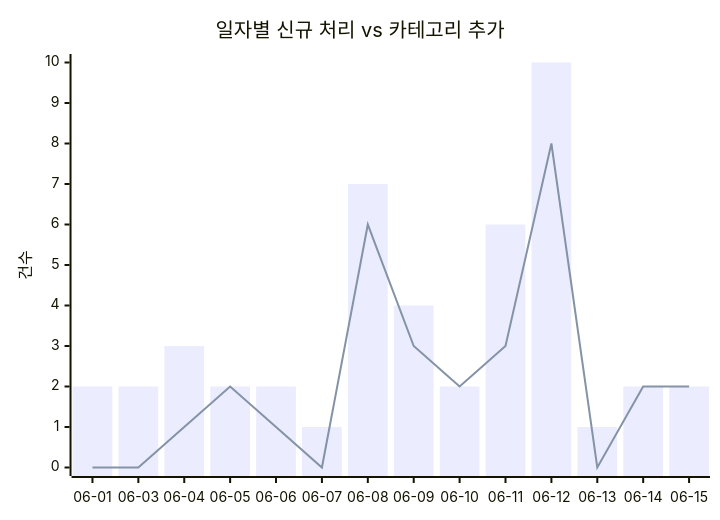
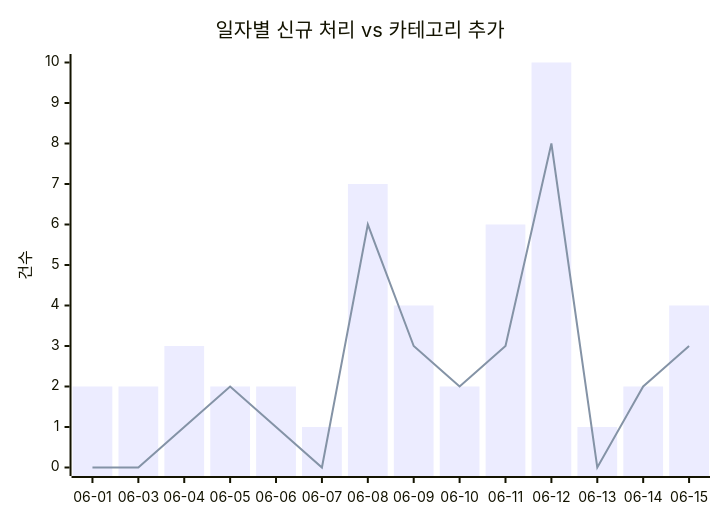
Before and after one commit to J-nowcow/awesome-korean-agent-skills: the first of 2 diagrams in docs/trends.md, drawn with Mermaid. The commit also changed other lines of this file and 4 other files, not shown here.

````diff
--- a/docs/trends.md
+++ b/docs/trends.md
@@ -32,8 +32,8 @@
 ```mermaid
 xychart-beta
     title "일자별 신규 처리 vs 카테고리 추가"
     x-axis ["06-01","06-03","06-04","06-05","06-06","06-07","06-08","06-09","06-10","06-11","06-12","06-13","06-14","06-15"]
     y-axis "건수"
-    bar [2,2,3,2,2,1,7,4,2,6,10,1,2,2]
-    line [0,0,1,2,1,0,6,3,2,3,8,0,2,2]
+    bar [2,2,3,2,2,1,7,4,2,6,10,1,2,4]
+    line [0,0,1,2,1,0,6,3,2,3,8,0,2,3]
 ```
````
